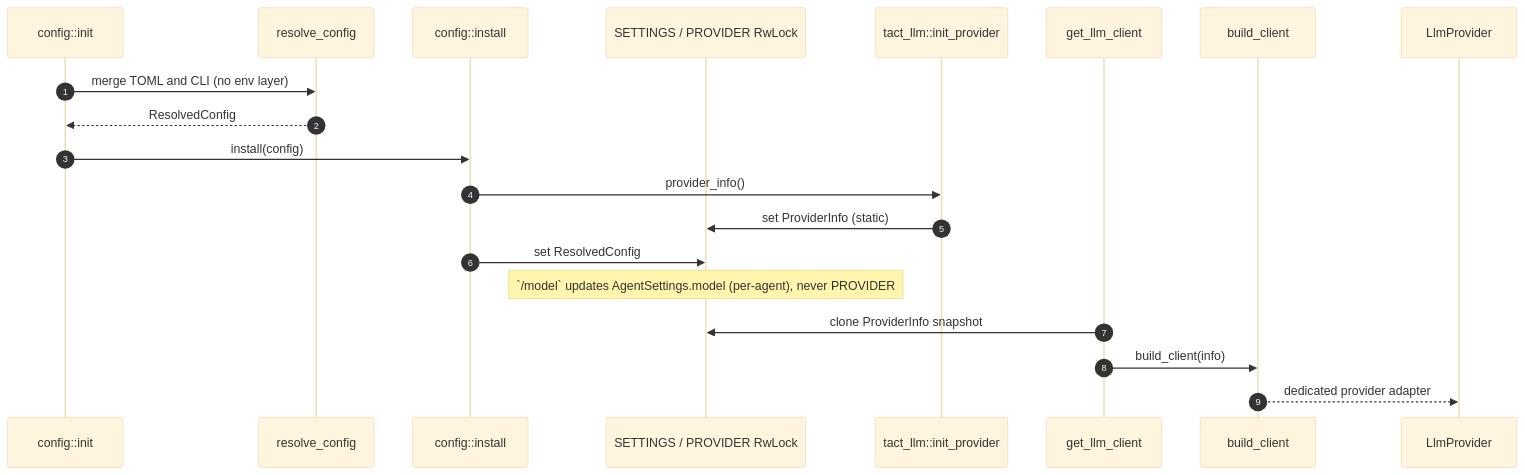
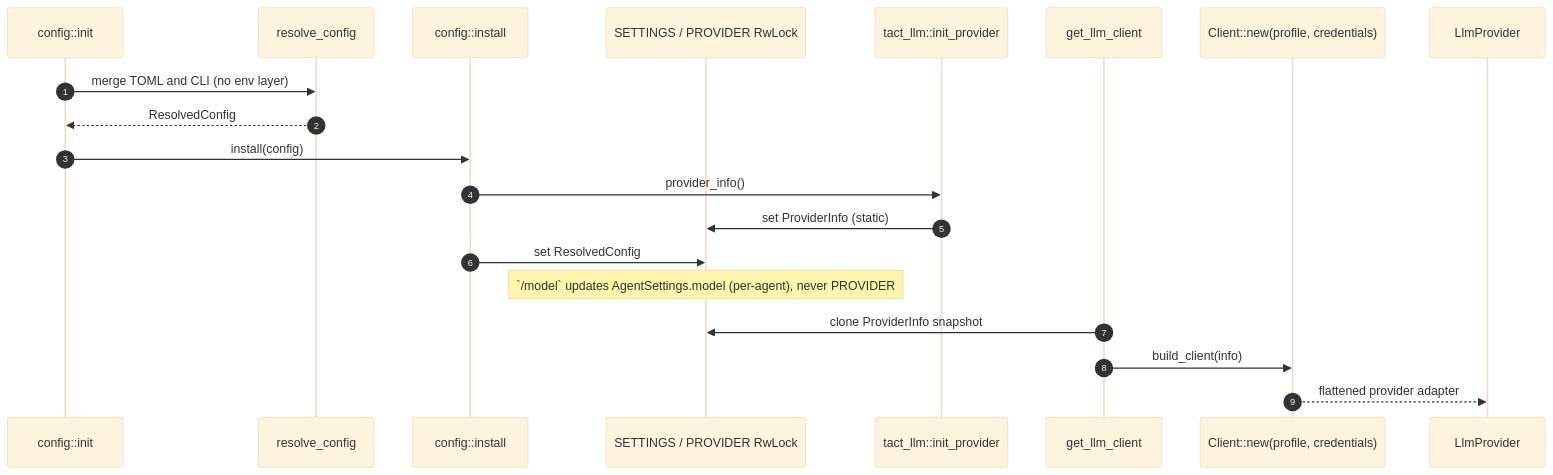
One commit to rust-infra/tact changed the second of 5 diagrams in book/22_chapter_llm.md. Above: the diagram before and after it, drawn with Mermaid (base theme). The commit also changed other lines of this file and 37 other files, not shown here.

````diff
--- a/book/22_chapter_llm.md
+++ b/book/22_chapter_llm.md
@@ -100,23 +126,23 @@
 ```mermaid
 sequenceDiagram
     autonumber
     participant Init as config::init
     participant Resolve as resolve_config
     participant Install as config::install
     participant State as SETTINGS / PROVIDER RwLock
     participant LlmInit as tact_llm::init_provider
     participant Get as get_llm_client
-    participant Build as build_client
+    participant Build as Client::new(profile, credentials)
     participant Provider as LlmProvider
 
     Init->>Resolve: merge TOML and CLI (no env layer)
     Resolve-->>Init: ResolvedConfig
     Init->>Install: install(config)
     Install->>LlmInit: provider_info()
     LlmInit->>State: set ProviderInfo (static)
     Install->>State: set ResolvedConfig
     Note over State: `/model` updates AgentSettings.model (per-agent), never PROVIDER
     Get->>State: clone ProviderInfo snapshot
     Get->>Build: build_client(info)
-    Build-->>Provider: dedicated provider adapter
+    Build-->>Provider: flattened provider adapter
 ```
````
